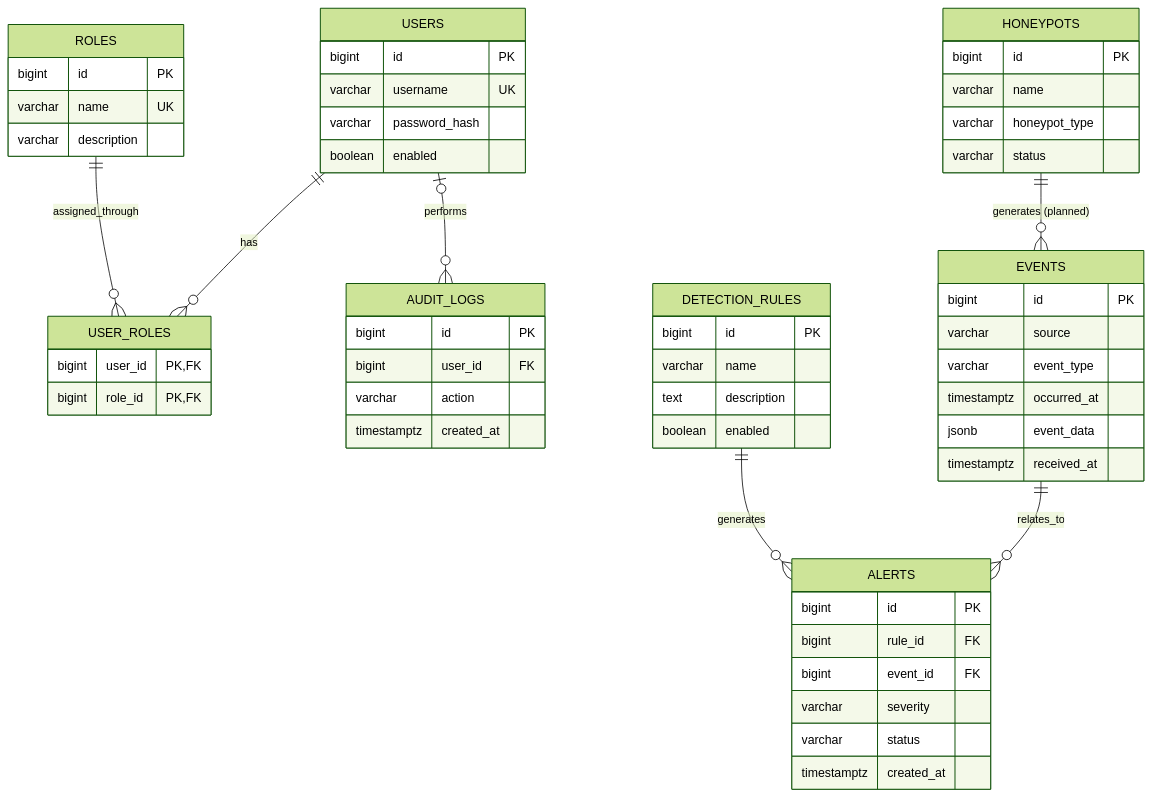
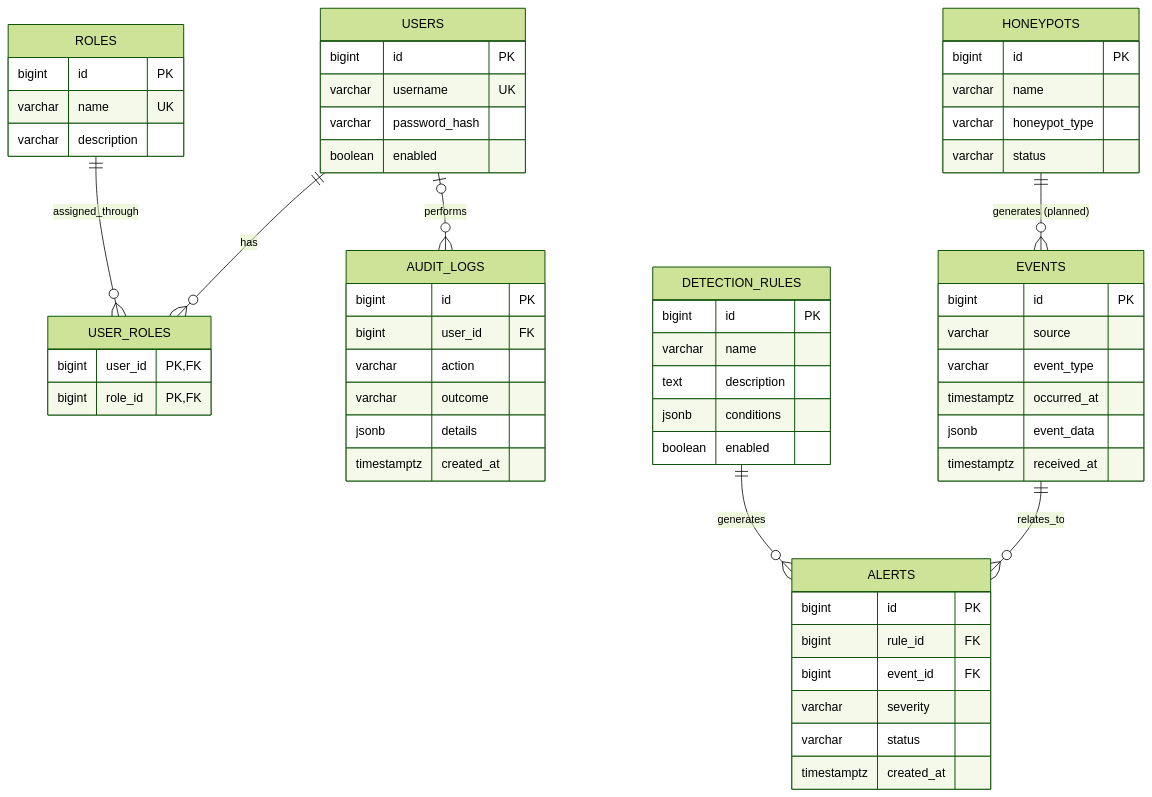
The diagram in docs/analysis/data/er-diagram.md (El-Dorado26/hive-honeypot-network), drawn with Mermaid (forest theme) before and after one commit. The commit also changed other lines of this file, not shown here.

First line of the commit message:
Update ER diagram with new fields and descriptions

````diff
--- a/docs/analysis/data/er-diagram.md
+++ b/docs/analysis/data/er-diagram.md
@@ -9,69 +9,72 @@
 ```mermaid
 erDiagram
     USERS ||--o{ USER_ROLES : has
     ROLES ||--o{ USER_ROLES : assigned_through
 
     HONEYPOTS ||--o{ EVENTS : "generates (planned)"
 
     DETECTION_RULES ||--o{ ALERTS : generates
     EVENTS ||--o{ ALERTS : relates_to
 
     USERS |o--o{ AUDIT_LOGS : performs
 
     USERS {
         bigint id PK
         varchar username UK
         varchar password_hash
         boolean enabled
     }
 
     ROLES {
         bigint id PK
         varchar name UK
         varchar description
     }
 
     USER_ROLES {
         bigint user_id PK,FK
         bigint role_id PK,FK
     }
 
     HONEYPOTS {
         bigint id PK
         varchar name
         varchar honeypot_type
         varchar status
     }
 
     EVENTS {
         bigint id PK
         varchar source
         varchar event_type
         timestamptz occurred_at
         jsonb event_data
         timestamptz received_at
     }
 
     DETECTION_RULES {
         bigint id PK
         varchar name
         text description
+        jsonb conditions
         boolean enabled
     }
 
     ALERTS {
         bigint id PK
         bigint rule_id FK
         bigint event_id FK
         varchar severity
         varchar status
         timestamptz created_at
     }
 
     AUDIT_LOGS {
         bigint id PK
         bigint user_id FK
         varchar action
+        varchar outcome
+        jsonb details
         timestamptz created_at
     }
 ```
````
